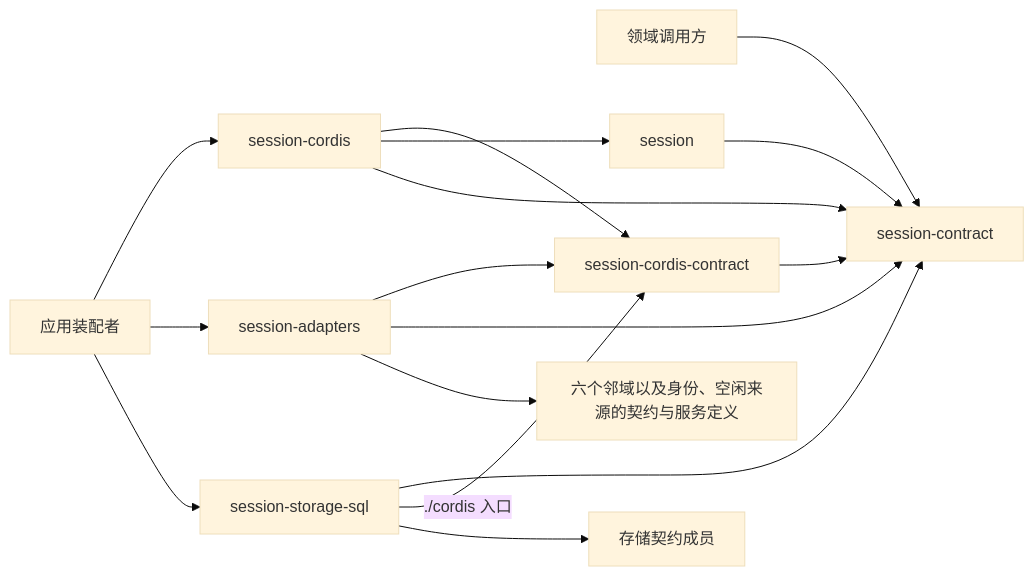
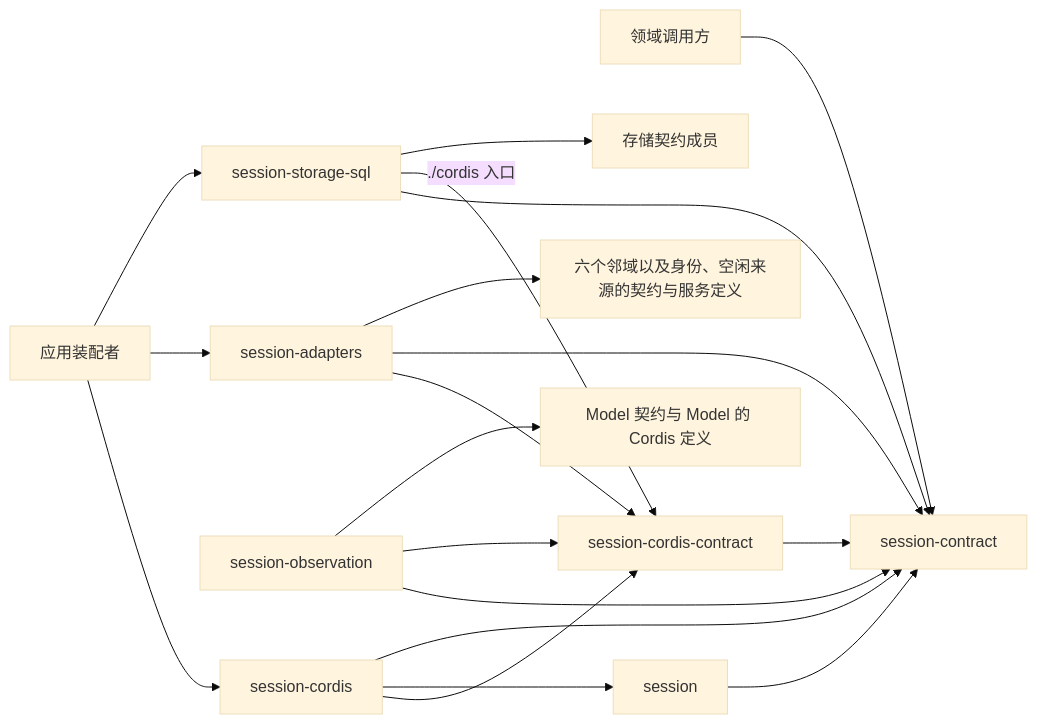
The diagram in packages/session/docs/architecture.md (nemori-ai/omne-harness-lite), drawn with Mermaid (base theme) before and after one commit. The commit also changed other lines of this file and 17 other files, not shown here.

First line of the commit message:
feat(harness-server): 正式装配加 session-observation 一行，演示脚本打印状态帧（#1248）

````diff
--- a/packages/session/docs/architecture.md
+++ b/packages/session/docs/architecture.md
@@ -13,18 +13,21 @@
 ```mermaid
 flowchart LR
   Consumer[领域调用方] --> Contract[session-contract]
   Definitions[session-cordis-contract] --> Contract
   Implementation[session] --> Contract
   Provider[session-cordis] --> Definitions
   Provider --> Implementation
   Provider --> Contract
   Adapters[session-adapters] --> Definitions
   Adapters --> Contract
   Adapters --> Neighbors[六个邻域以及身份、空闲来源的契约与服务定义]
+  Observation[session-observation] --> Contract
+  Observation --> Definitions
+  Observation --> ModelContracts[Model 契约与 Model 的 Cordis 定义]
   Storage[session-storage-sql] --> Contract
   Storage -->|./cordis 入口| Definitions
   Storage --> StorageContract[存储契约成员]
   App[应用装配者] --> Provider
   App --> Adapters
   App --> Storage
 ```
````
